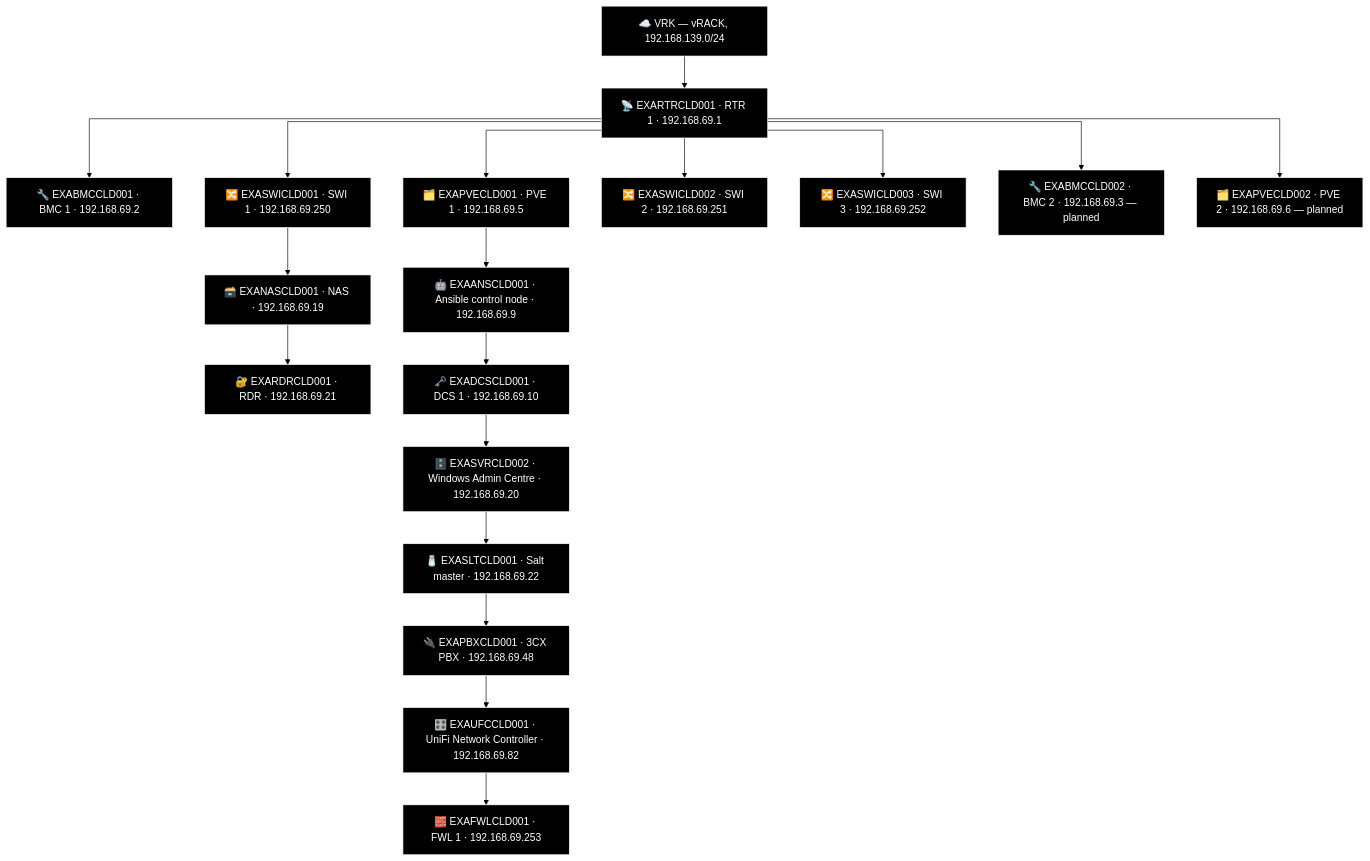
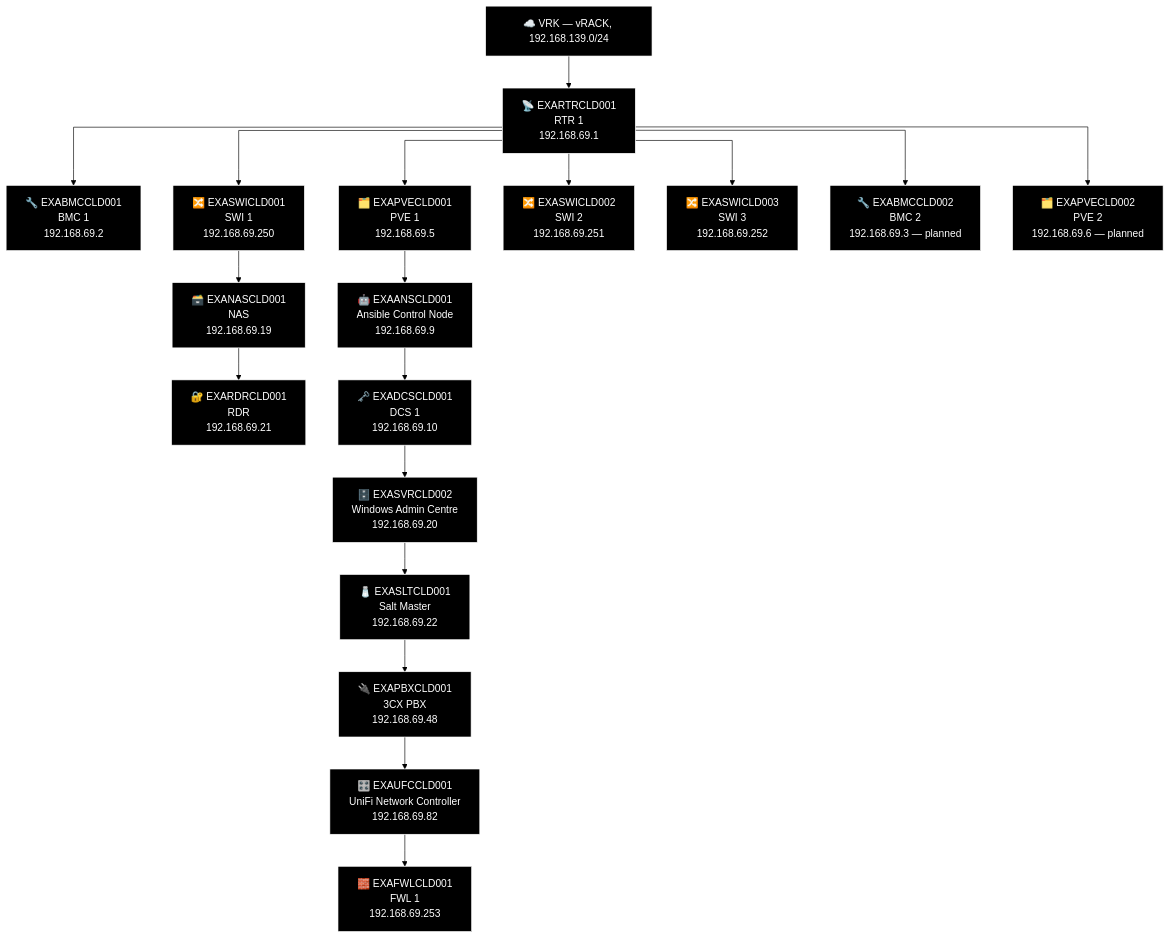
The second of 2 diagrams in docs/network-diagram/cld.md (knightmare2600/example_music_infra), drawn with Mermaid (forest theme) before and after one commit. The commit also changed 18 other files, not shown here.

````diff
--- a/docs/network-diagram/cld.md
+++ b/docs/network-diagram/cld.md
@@ -44,52 +44,52 @@
 ```mermaid
 %% GENERATED:TOPOLOGY:CLD:START
 %%{init: {'flowchart': {'curve': 'stepAfter'}}}%%
 graph TD
     T_VRK["☁️ VRK — vRACK, 192.168.139.0/24"]
-    T_RTR["📡 EXARTRCLD001 · RTR 1 · 192.168.69.1"]
+    T_RTR["📡 EXARTRCLD001<br/>RTR 1<br/>192.168.69.1"]
     T_VRK --> T_RTR
-    T_BMC["🔧 EXABMCCLD001 · BMC 1 · 192.168.69.2"]
+    T_BMC["🔧 EXABMCCLD001<br/>BMC 1<br/>192.168.69.2"]
     T_RTR --> T_BMC
-    T_PVE["🗂️ EXAPVECLD001 · PVE 1 · 192.168.69.5"]
+    T_PVE["🗂️ EXAPVECLD001<br/>PVE 1<br/>192.168.69.5"]
     T_RTR --> T_PVE
-    T_SWI["🔀 EXASWICLD001 · SWI 1 · 192.168.69.250"]
+    T_SWI["🔀 EXASWICLD001<br/>SWI 1<br/>192.168.69.250"]
     T_RTR --> T_SWI
-    T_SWI2["🔀 EXASWICLD002 · SWI 2 · 192.168.69.251"]
+    T_SWI2["🔀 EXASWICLD002<br/>SWI 2<br/>192.168.69.251"]
     T_RTR --> T_SWI2
-    T_SWI3["🔀 EXASWICLD003 · SWI 3 · 192.168.69.252"]
+    T_SWI3["🔀 EXASWICLD003<br/>SWI 3<br/>192.168.69.252"]
     T_RTR --> T_SWI3
-    T_BMC2["🔧 EXABMCCLD002 · BMC 2 · 192.168.69.3 — planned"]
+    T_BMC2["🔧 EXABMCCLD002<br/>BMC 2<br/>192.168.69.3 — planned"]
     T_RTR --> T_BMC2
-    T_PVE2["🗂️ EXAPVECLD002 · PVE 2 · 192.168.69.6 — planned"]
+    T_PVE2["🗂️ EXAPVECLD002<br/>PVE 2<br/>192.168.69.6 — planned"]
     T_RTR --> T_PVE2
-    T_NAS["🗃️ EXANASCLD001 · NAS · 192.168.69.19"]
-    T_RDR["🔐 EXARDRCLD001 · RDR · 192.168.69.21"]
+    T_NAS["🗃️ EXANASCLD001<br/>NAS<br/>192.168.69.19"]
+    T_RDR["🔐 EXARDRCLD001<br/>RDR<br/>192.168.69.21"]
     T_SWI --> T_NAS --> T_RDR
-    T_ANS["🤖 EXAANSCLD001 · Ansible control node · 192.168.69.9"]
-    T_DCS["🗝️ EXADCSCLD001 · DCS 1 · 192.168.69.10"]
-    T_SVR["🗄️ EXASVRCLD002 · Windows Admin Centre · 192.168.69.20"]
-    T_SLT["🧂 EXASLTCLD001 · Salt master · 192.168.69.22"]
-    T_PBX["🔌 EXAPBXCLD001 · 3CX PBX · 192.168.69.48"]
-    T_UFC["🎛️ EXAUFCCLD001 · UniFi Network Controller · 192.168.69.82"]
-    T_FWL["🧱 EXAFWLCLD001 · FWL 1 · 192.168.69.253"]
+    T_ANS["🤖 EXAANSCLD001<br/>Ansible Control Node<br/>192.168.69.9"]
+    T_DCS["🗝️ EXADCSCLD001<br/>DCS 1<br/>192.168.69.10"]
+    T_SVR["🗄️ EXASVRCLD002<br/>Windows Admin Centre<br/>192.168.69.20"]
+    T_SLT["🧂 EXASLTCLD001<br/>Salt Master<br/>192.168.69.22"]
+    T_PBX["🔌 EXAPBXCLD001<br/>3CX PBX<br/>192.168.69.48"]
+    T_UFC["🎛️ EXAUFCCLD001<br/>UniFi Network Controller<br/>192.168.69.82"]
+    T_FWL["🧱 EXAFWLCLD001<br/>FWL 1<br/>192.168.69.253"]
     T_PVE --> T_ANS --> T_DCS --> T_SVR --> T_SLT --> T_PBX --> T_UFC --> T_FWL
     style T_VRK fill:#000000,stroke:#FFFFFF,color:#FFFFFF
     style T_RTR fill:#000000,stroke:#FFFFFF,color:#FFFFFF
     style T_BMC fill:#000000,stroke:#FFFFFF,color:#FFFFFF
     style T_PVE fill:#000000,stroke:#FFFFFF,color:#FFFFFF
     style T_SWI fill:#000000,stroke:#FFFFFF,color:#FFFFFF
     style T_SWI2 fill:#000000,stroke:#FFFFFF,color:#FFFFFF
     style T_SWI3 fill:#000000,stroke:#FFFFFF,color:#FFFFFF
     style T_BMC2 fill:#000000,stroke:#FFFFFF,color:#FFFFFF
     style T_PVE2 fill:#000000,stroke:#FFFFFF,color:#FFFFFF
     style T_NAS fill:#000000,stroke:#FFFFFF,color:#FFFFFF
     style T_RDR fill:#000000,stroke:#FFFFFF,color:#FFFFFF
     style T_ANS fill:#000000,stroke:#FFFFFF,color:#FFFFFF
     style T_DCS fill:#000000,stroke:#FFFFFF,color:#FFFFFF
     style T_SVR fill:#000000,stroke:#FFFFFF,color:#FFFFFF
     style T_SLT fill:#000000,stroke:#FFFFFF,color:#FFFFFF
     style T_PBX fill:#000000,stroke:#FFFFFF,color:#FFFFFF
     style T_UFC fill:#000000,stroke:#FFFFFF,color:#FFFFFF
     style T_FWL fill:#000000,stroke:#FFFFFF,color:#FFFFFF
 %% GENERATED:TOPOLOGY:CLD:END
 ```
````
